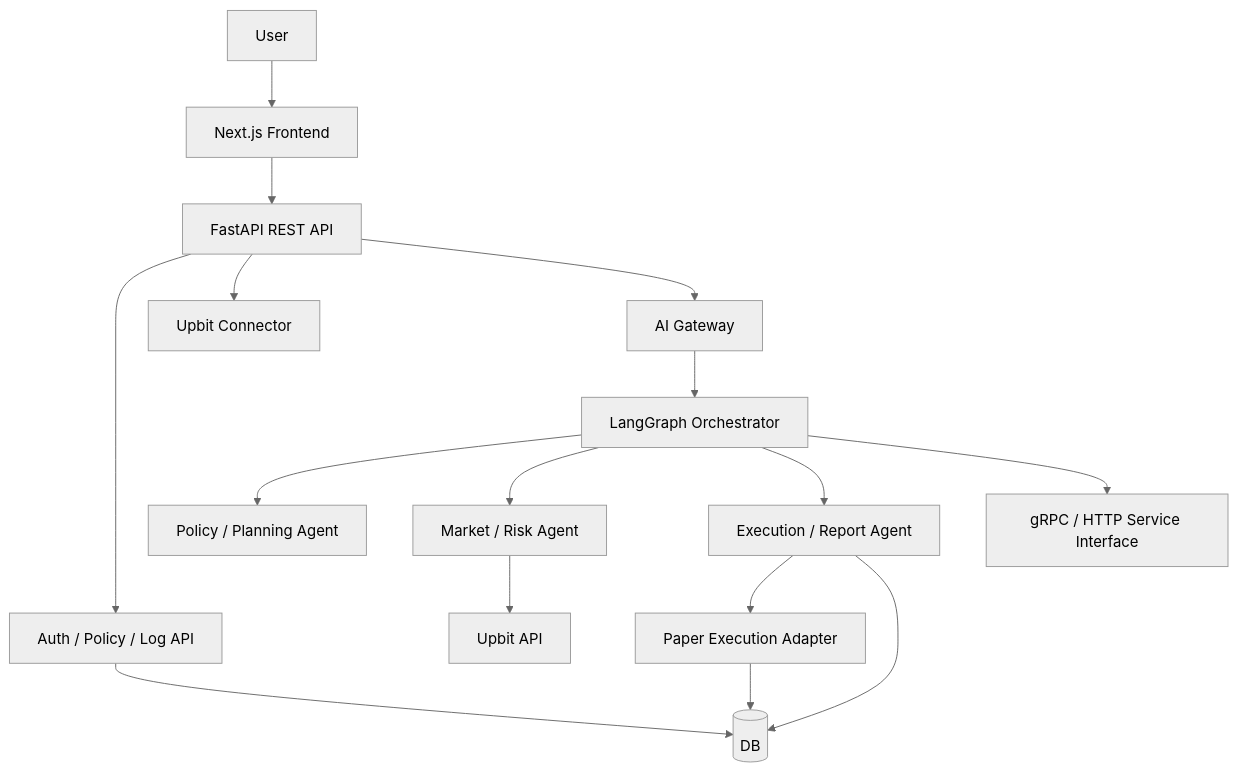
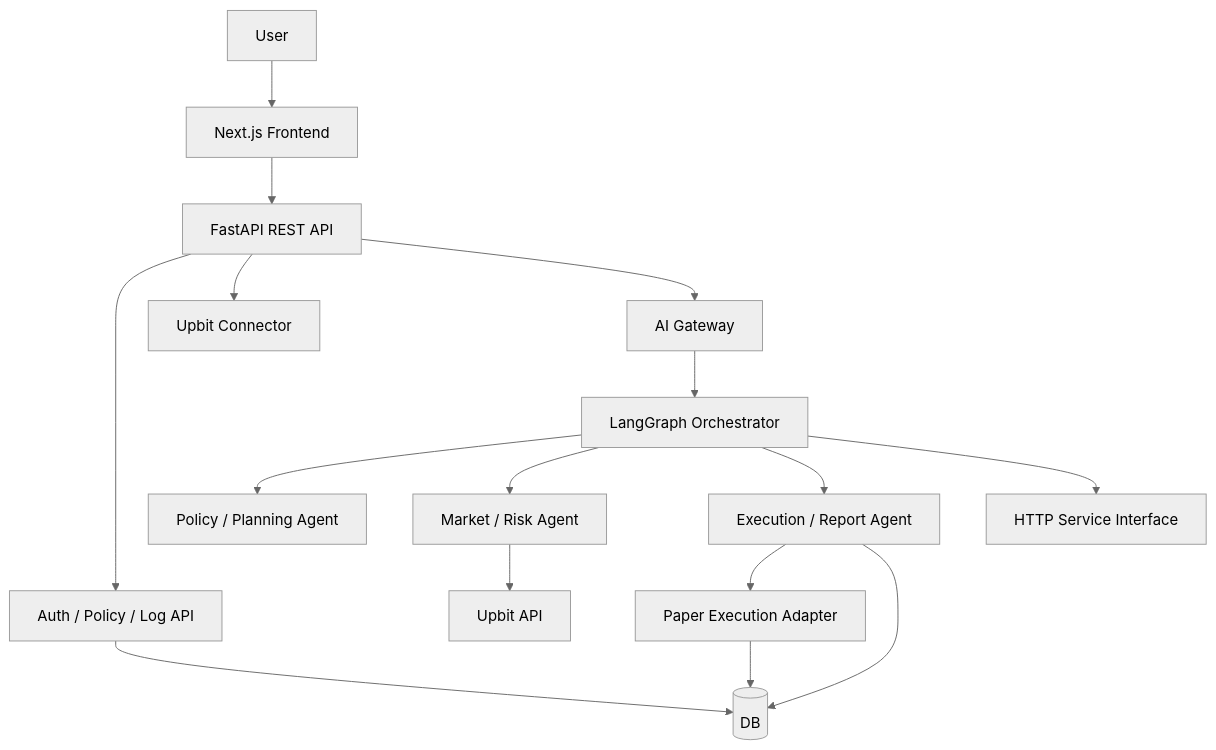
Before and after one commit to UpstageAI/sw-maestro-project: the seventh of 9 diagrams in PROPOSAL.md, drawn with Mermaid (neutral theme). The commit also changed other lines of this file and 8 other files, not shown here.

Commit message:
feat: align docs with local SQLite and HTTP-only architecture

````diff
--- a/PROPOSAL.md
+++ b/PROPOSAL.md
@@ -403,18 +403,18 @@
 ```mermaid
 flowchart TB
     USER[User] --> FE[Next.js Frontend]
     FE --> API[FastAPI REST API]
     API --> AUTH[Auth / Policy / Log API]
     API --> UPBITAD[Upbit Connector]
     API --> AIGW[AI Gateway]
     AIGW --> LG[LangGraph Orchestrator]
     LG --> P1[Policy / Planning Agent]
     LG --> P2[Market / Risk Agent]
     LG --> P3[Execution / Report Agent]
     P2 --> UPBIT[Upbit API]
     P3 --> EXEC[Paper Execution Adapter]
     AUTH --> DB[(DB)]
     EXEC --> DB
     P3 --> DB
-    LG --> GRPC[gRPC / HTTP Service Interface]
+    LG --> HTTPIF[HTTP Service Interface]
 ```
````
